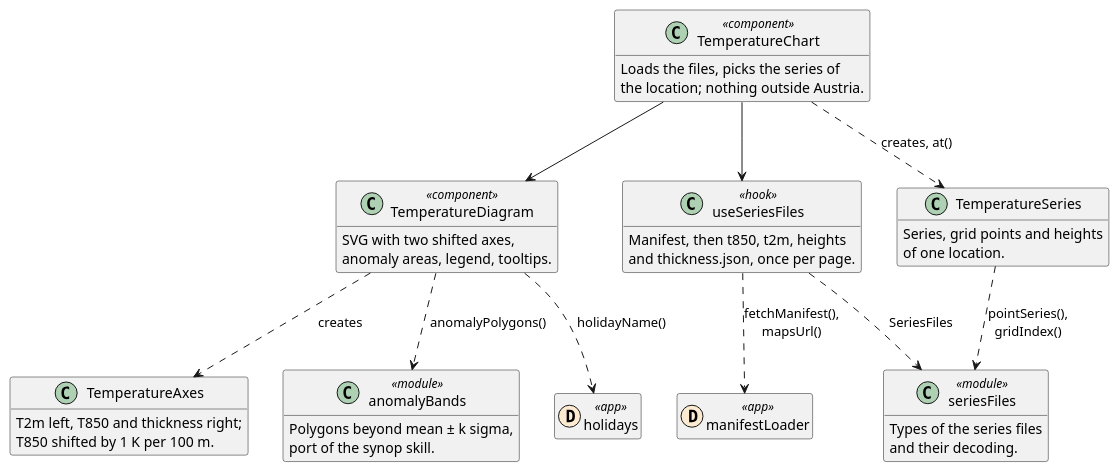
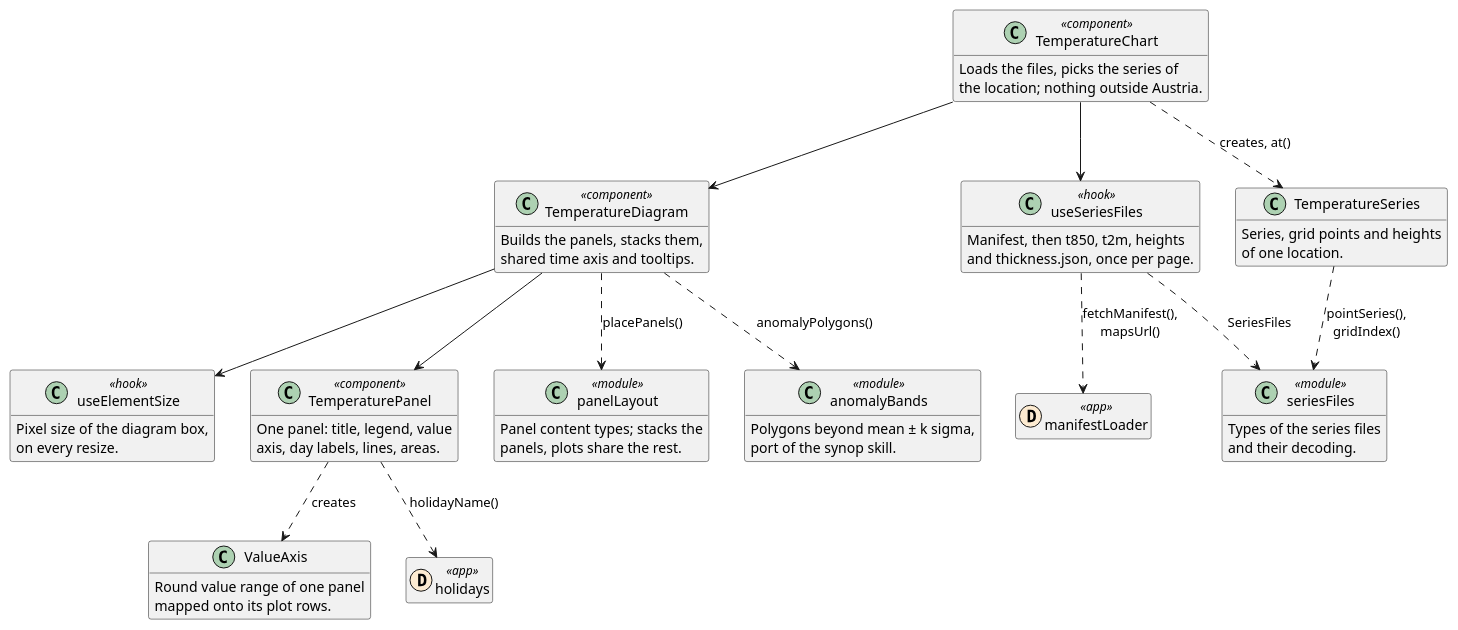
Before and after one commit to schletz/wetterkartenviewer: the second of 2 diagrams in REFERENCE.webapp.md, drawn with PlantUML. The commit also changed other lines of this file and 15 other files, not shown here.

First line of the commit message:
Lay out the temperature diagram like an ENS meteogram

````diff
--- a/REFERENCE.webapp.md
+++ b/REFERENCE.webapp.md
@@ -163,44 +163,59 @@
 ```plantuml
 @startuml temperature
 hide empty members
 class TemperatureChart <<component>> {
  Loads the files, picks the series of
  the location; nothing outside Austria.
 }
 class TemperatureDiagram <<component>> {
- SVG with two shifted axes,
- anomaly areas, legend, tooltips.
+ Builds the panels, stacks them,
+ shared time axis and tooltips.
+}
+class TemperaturePanel <<component>> {
+ One panel: title, legend, value
+ axis, day labels, lines, areas.
 }
 class useSeriesFiles <<hook>> {
  Manifest, then t850, t2m, heights
  and thickness.json, once per page.
 }
 class TemperatureSeries {
  Series, grid points and heights
  of one location.
 }
-class TemperatureAxes {
- T2m left, T850 and thickness right;
- T850 shifted by 1 K per 100 m.
+class panelLayout <<module>> {
+ Panel content types; stacks the
+ panels, plots share the rest.
+}
+class ValueAxis {
+ Round value range of one panel
+ mapped onto its plot rows.
 }
 class anomalyBands <<module>> {
  Polygons beyond mean ± k sigma,
  port of the synop skill.
 }
 class seriesFiles <<module>> {
  Types of the series files
  and their decoding.
 }
+class useElementSize <<hook>> {
+ Pixel size of the diagram box,
+ on every resize.
+}
 class manifestLoader << (D,#fdebd1) app >>
 class holidays << (D,#fdebd1) app >>
 TemperatureChart --> useSeriesFiles
 TemperatureChart ..> TemperatureSeries : creates, at()
 TemperatureChart --> TemperatureDiagram
 useSeriesFiles ..> manifestLoader : fetchManifest(),\nmapsUrl()
 useSeriesFiles ..> seriesFiles : SeriesFiles
 TemperatureSeries ..> seriesFiles : pointSeries(),\ngridIndex()
-TemperatureDiagram ..> TemperatureAxes : creates
+TemperatureDiagram ..> panelLayout : placePanels()
 TemperatureDiagram ..> anomalyBands : anomalyPolygons()
-TemperatureDiagram ..> holidays : holidayName()
+TemperatureDiagram --> TemperaturePanel
+TemperatureDiagram --> useElementSize
+TemperaturePanel ..> ValueAxis : creates
+TemperaturePanel ..> holidays : holidayName()
 @enduml
 ```
````
